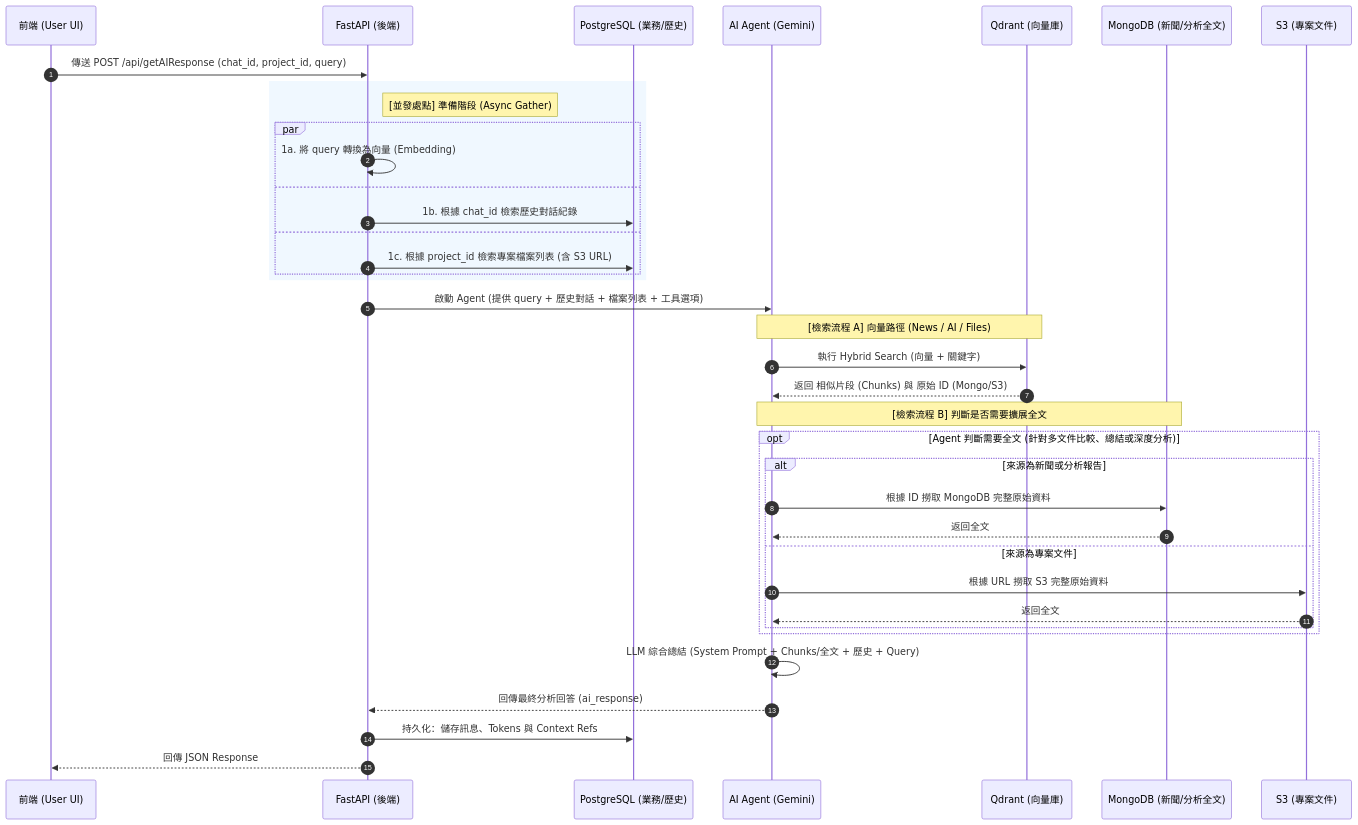
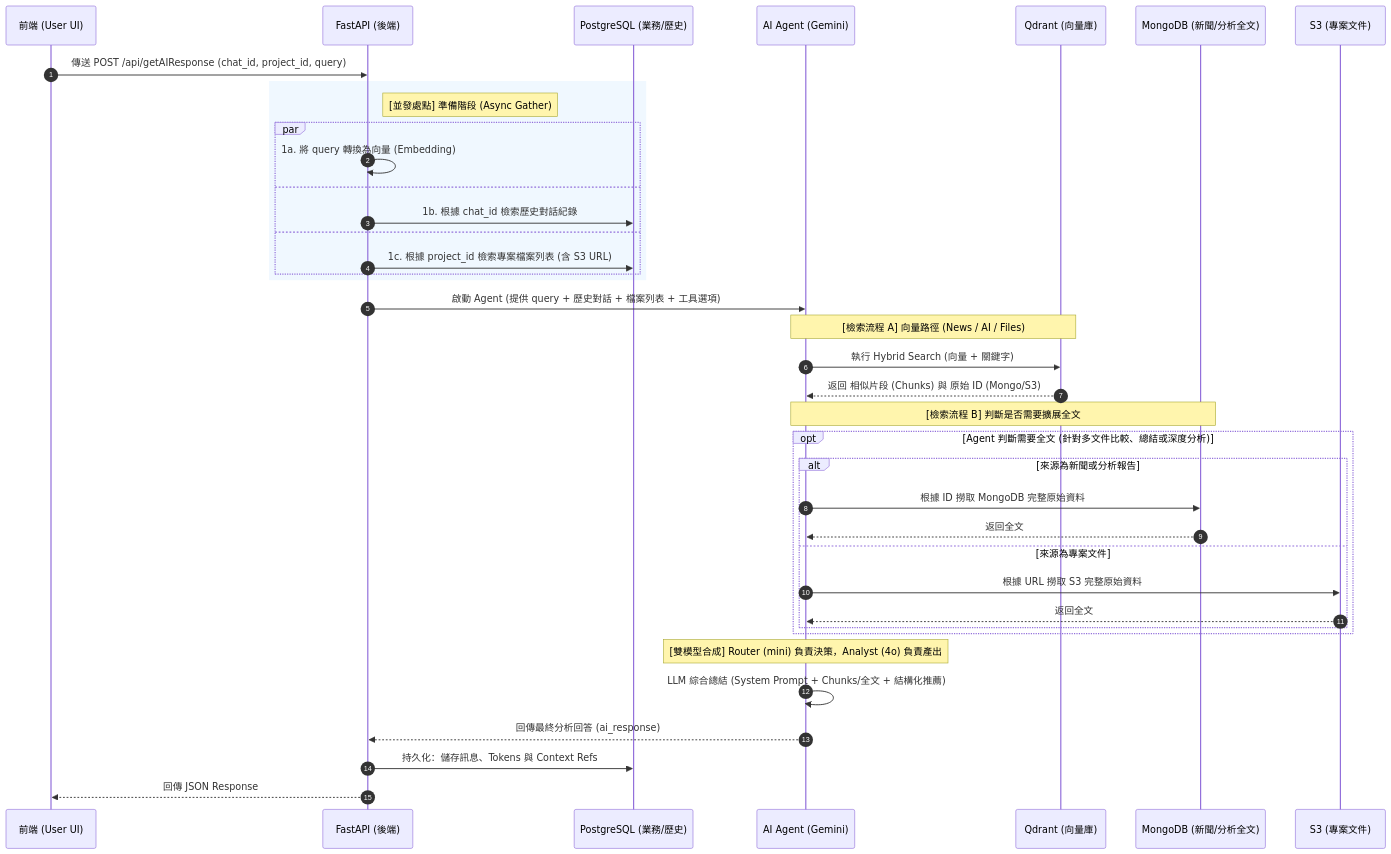
Before and after one commit to WilliamTsai1227/Stock-Insight-Chat: the diagram in specifications/api_spec.md, drawn with Mermaid. The commit also changed other lines of this file and 10 other files, not shown here.

````diff
--- a/specifications/api_spec.md
+++ b/specifications/api_spec.md
@@ -103,47 +103,48 @@
 ```mermaid
 sequenceDiagram
     autonumber
     participant FE as 前端 (User UI)
     participant BE as FastAPI (後端)
     participant PG as PostgreSQL (業務/歷史)
     participant AG as AI Agent (Gemini)
     participant QD as Qdrant (向量庫)
     participant MG as MongoDB (新聞/分析全文)
     participant S3 as S3 (專案文件)
 
     FE->>BE: 傳送 POST /api/getAIResponse (chat_id, project_id, query)
 
     rect rgb(240, 248, 255)
     Note right of BE: [並發處點] 準備階段 (Async Gather)
     par 
         BE->>BE: 1a. 將 query 轉換為向量 (Embedding)
     and
         BE->>PG: 1b. 根據 chat_id 檢索歷史對話紀錄
     and
         BE->>PG: 1c. 根據 project_id 檢索專案檔案列表 (含 S3 URL)
     end
     end
 
     BE->>AG: 啟動 Agent (提供 query + 歷史對話 + 檔案列表 + 工具選項)
     
     Note over AG, QD: [檢索流程 A] 向量路徑 (News / AI / Files)
     AG->>QD: 執行 Hybrid Search (向量 + 關鍵字)
     QD-->>AG: 返回 相似片段 (Chunks) 與 原始 ID (Mongo/S3)
     
     Note over AG, MG: [檢索流程 B] 判斷是否需要擴展全文
     opt Agent 判斷需要全文 (針對多文件比較、總結或深度分析)
         alt 來源為新聞或分析報告
             AG->>MG: 根據 ID 撈取 MongoDB 完整原始資料
             MG-->>AG: 返回全文
         else 來源為專案文件
             AG->>S3: 根據 URL 撈取 S3 完整原始資料
             S3-->>AG: 返回全文
         end
     end
 
-    AG->>AG: LLM 綜合總結 (System Prompt + Chunks/全文 + 歷史 + Query)
+    Note over AG: [雙模型合成] Router (mini) 負責決策，Analyst (4o) 負責產出
+    AG->>AG: LLM 綜合總結 (System Prompt + Chunks/全文 + 結構化推薦)
     AG-->>BE: 回傳最終分析回答 (ai_response)
     
     BE->>PG: 持久化：儲存訊息、Tokens 與 Context Refs
     BE-->>FE: 回傳 JSON Response
 ```
````
